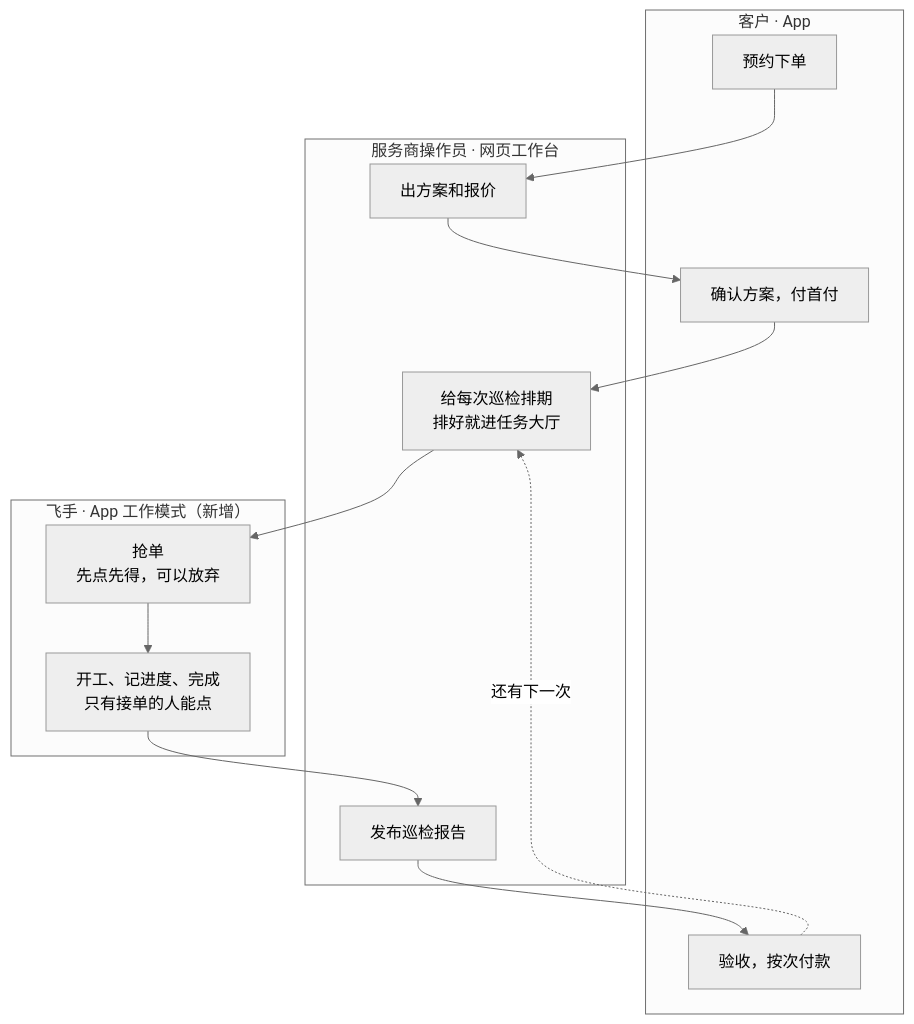
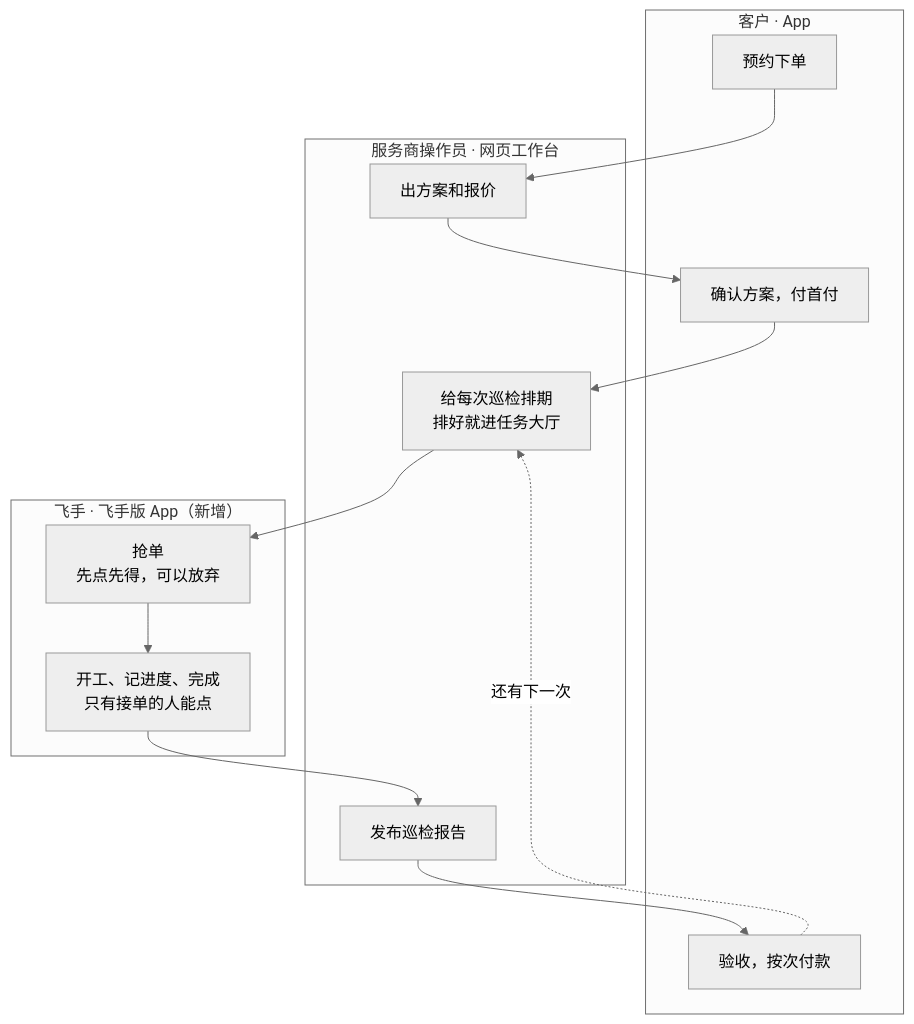
Before and after one commit to lillililiili/dikongjingji: the diagram in docs/redesign/10-飞手端抢单设计方案.md, drawn with Mermaid (neutral theme). The commit also changed other lines of this file and 1 other file, not shown here.

First line of the commit message:
docs(pilot): 飞手端改为独立 App，和客户 App 共用代码

````diff
--- a/docs/redesign/10-飞手端抢单设计方案.md
+++ b/docs/redesign/10-飞手端抢单设计方案.md
@@ -16,19 +16,19 @@
 ```mermaid
 flowchart TD
     subgraph C["客户 · App"]
         A1[预约下单]
         A3[确认方案，付首付]
         A8[验收，按次付款]
     end
     subgraph O["服务商操作员 · 网页工作台"]
         B2[出方案和报价]
         B4[给每次巡检排期<br/>排好就进任务大厅]
         B7[发布巡检报告]
     end
-    subgraph P["飞手 · App 工作模式（新增）"]
+    subgraph P["飞手 · 飞手版 App（新增）"]
         P5[抢单<br/>先点先得，可以放弃]
         P6[开工、记进度、完成<br/>只有接单的人能点]
     end
     A1 --> B2 --> A3 --> B4 --> P5 --> P6 --> B7 --> A8
     A8 -. 还有下一次 .-> B4
 ```
````
